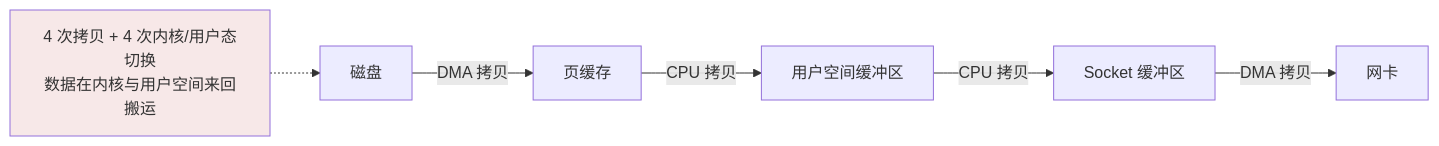
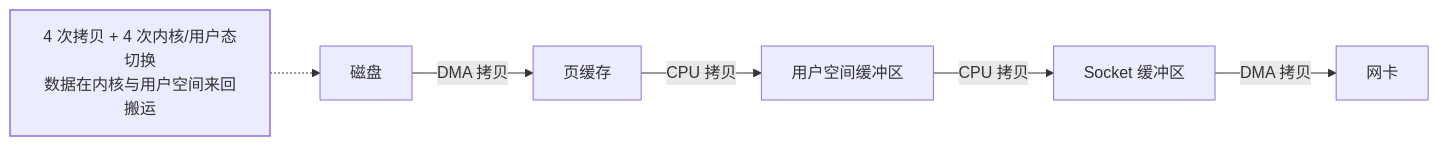
The second of 4 diagrams in src/content/docs/rocketmq/advanced/core/02-order-performance.md (Loadhao/ascension), drawn with Mermaid before and after one commit. The commit also changed other lines of this file and 87 other files, not shown here.

First line of the commit message:
fix: 全站图表配色改由主题接管，修复暗色主题下浅底浅字看不清

````diff
--- a/src/content/docs/rocketmq/advanced/core/02-order-performance.md
+++ b/src/content/docs/rocketmq/advanced/core/02-order-performance.md
@@ -53,10 +54,11 @@
 ```mermaid
 flowchart LR
     D["磁盘"] -->|DMA 拷贝| PC["页缓存"]
     PC -->|CPU 拷贝| UA["用户空间缓冲区"]
     UA -->|CPU 拷贝| SA["Socket 缓冲区"]
     SA -->|DMA 拷贝| N["网卡"]
     N1["4 次拷贝 + 4 次内核/用户态切换<br/>数据在内核与用户空间来回搬运"] -.-> D
 
-    style N1 fill:#f7e8e8
+    class N1 bad
+    classDef bad stroke-width:1.5px
 ```
````
